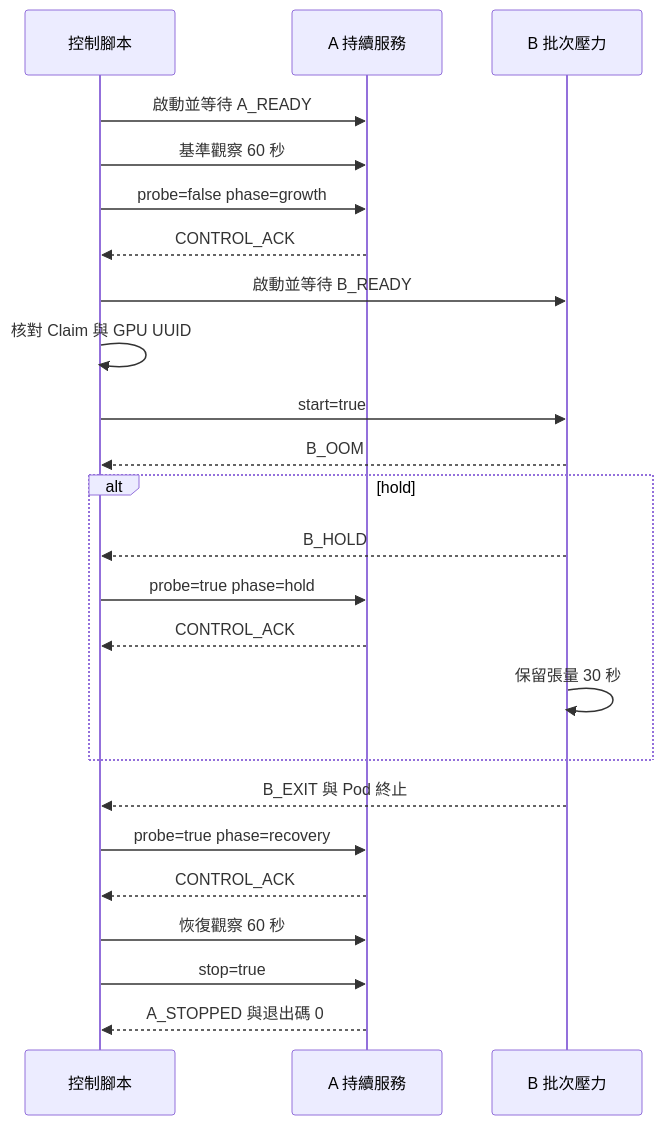
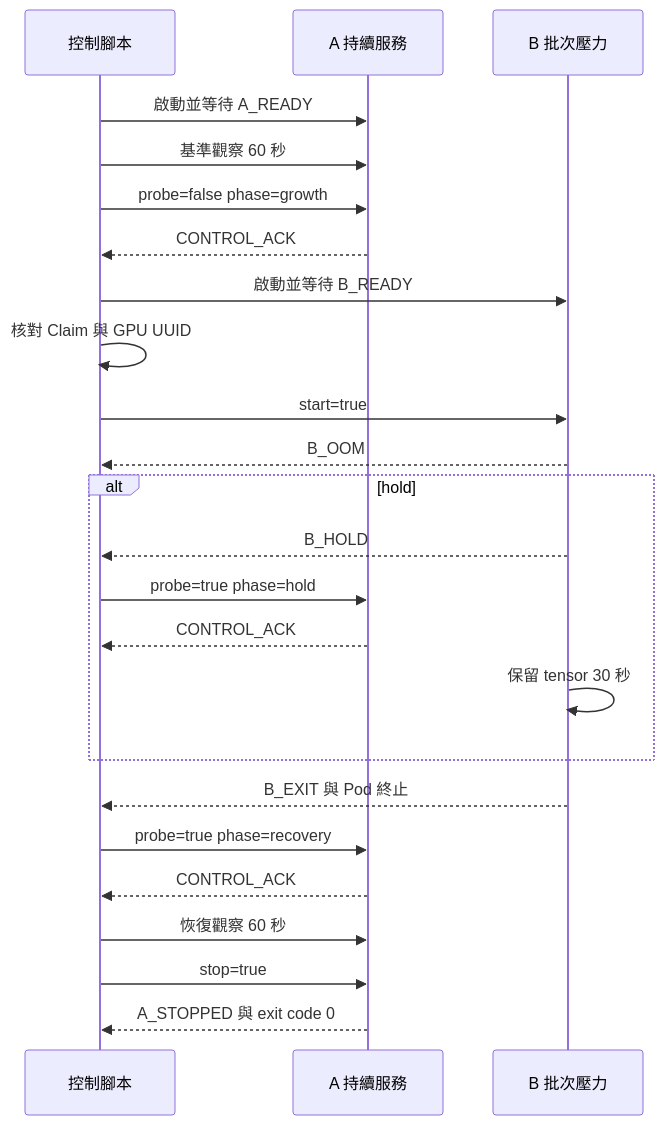
One commit to Daniel77871/dra-gpu-sharing-in-practice changed the fifth of 5 diagrams in book/03-oom/README.md. Above: the diagram before and after it, drawn with Mermaid. The commit also changed other lines of this file and 80 other files, not shown here.

````diff
--- a/book/03-oom/README.md
+++ b/book/03-oom/README.md
@@ -442,26 +442,26 @@
 ```mermaid
 sequenceDiagram
     participant S as 控制腳本
     participant A as A 持續服務
     participant B as B 批次壓力
     S->>A: 啟動並等待 A_READY
     S->>A: 基準觀察 60 秒
     S->>A: probe=false phase=growth
     A-->>S: CONTROL_ACK
     S->>B: 啟動並等待 B_READY
     S->>S: 核對 Claim 與 GPU UUID
     S->>B: start=true
     B-->>S: B_OOM
     alt hold
         B-->>S: B_HOLD
         S->>A: probe=true phase=hold
         A-->>S: CONTROL_ACK
-        B->>B: 保留張量 30 秒
+        B->>B: 保留 tensor 30 秒
     end
     B-->>S: B_EXIT 與 Pod 終止
     S->>A: probe=true phase=recovery
     A-->>S: CONTROL_ACK
     S->>A: 恢復觀察 60 秒
     S->>A: stop=true
-    A-->>S: A_STOPPED 與退出碼 0
+    A-->>S: A_STOPPED 與 exit code 0
 ```
````
